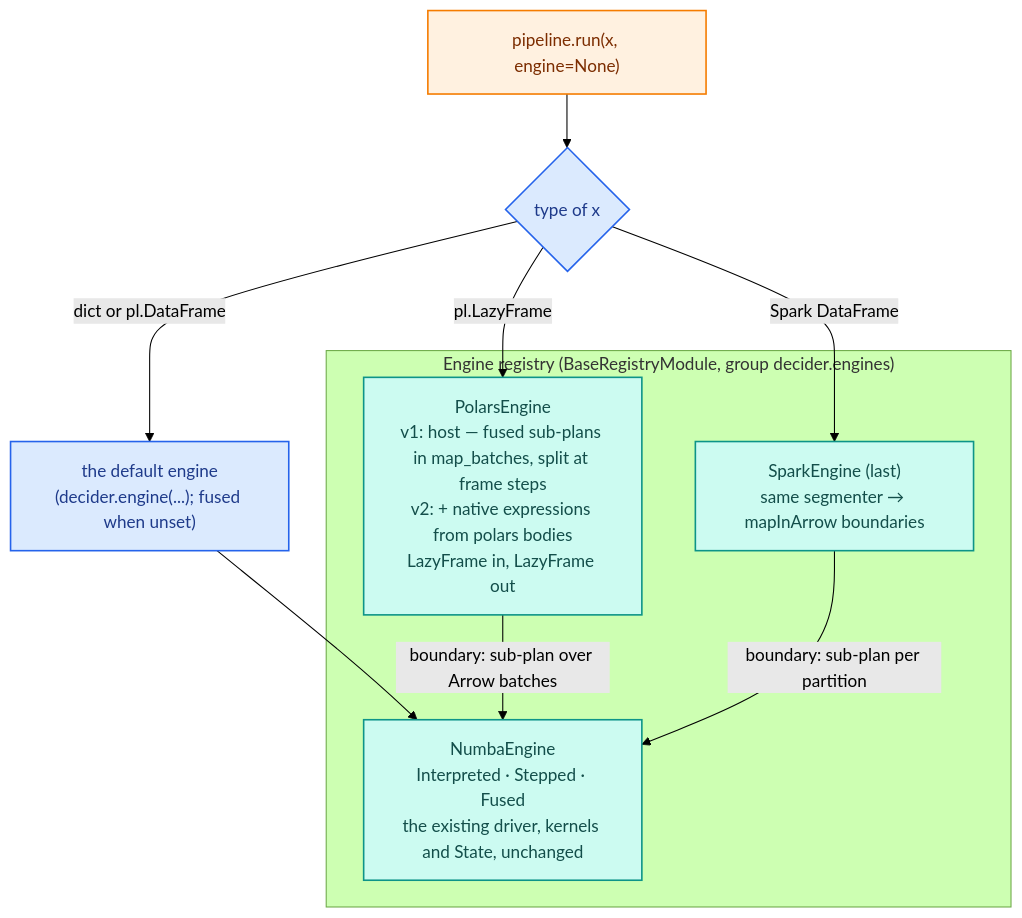
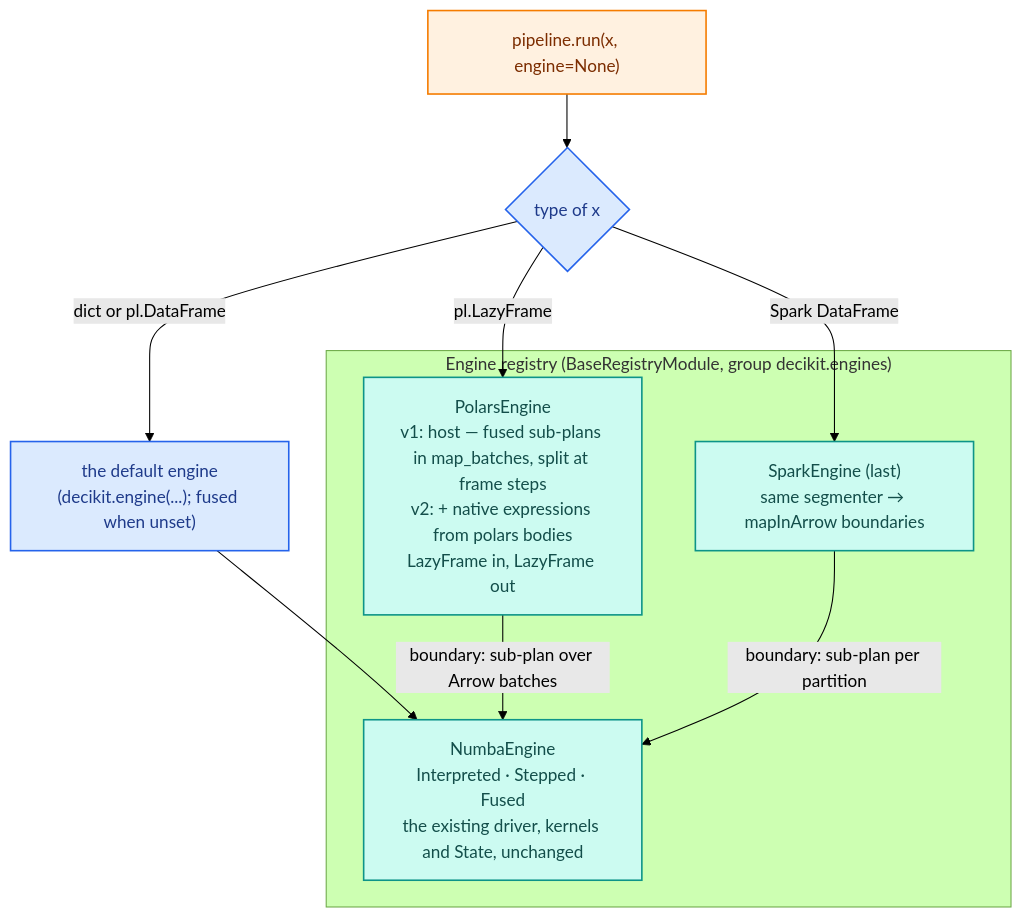
Before and after one commit to capitec/dsp-decision-engine: the first of 2 diagrams in docs/design_specs/2026-10-09_flexible_engine_rework/02-target-architecture.md, drawn with Mermaid (forest theme). The commit also changed other lines of this file and 1292 other files, not shown here.

Commit message:
rename decider to decikit: package, CLI, DECIKIT_* settings, plugin, extension, docs prose says decider toolkit

````diff
--- a/docs/design_specs/2026-10-09_flexible_engine_rework/02-target-architecture.md
+++ b/docs/design_specs/2026-10-09_flexible_engine_rework/02-target-architecture.md
@@ -6,18 +6,18 @@
 ```mermaid
 flowchart TB
     U["pipeline.run(x, engine=None)"]:::author --> D{"type of x"}:::ir
-    D -- "dict or pl.DataFrame" --> DEF["the default engine<br/>(decider.engine(...); fused when unset)"]:::ir
+    D -- "dict or pl.DataFrame" --> DEF["the default engine<br/>(decikit.engine(...); fused when unset)"]:::ir
     DEF --> N
     D -- "pl.LazyFrame" --> P
     D -- "Spark DataFrame" --> S
-    subgraph R["Engine registry (BaseRegistryModule, group decider.engines)"]
+    subgraph R["Engine registry (BaseRegistryModule, group decikit.engines)"]
         N["NumbaEngine<br/>Interpreted · Stepped · Fused<br/>the existing driver, kernels and State, unchanged"]:::engine
         P["PolarsEngine<br/>v1: host — fused sub-plans in map_batches, split at frame steps<br/>v2: + native expressions from polars bodies<br/>LazyFrame in, LazyFrame out"]:::engine
         S["SparkEngine (last)<br/>same segmenter → mapInArrow boundaries"]:::engine
     end
     P -- "boundary: sub-plan over Arrow batches" --> N
     S -- "boundary: sub-plan per partition" --> N
     classDef author fill:#fff1e0,stroke:#f57c00,color:#7c2d00,stroke-width:1.5px;
     classDef ir fill:#dbeafe,stroke:#2563eb,color:#1e3a8a,stroke-width:1.5px;
     classDef engine fill:#ccfbf1,stroke:#0d9488,color:#134e4a,stroke-width:1.5px;
 ```
````
